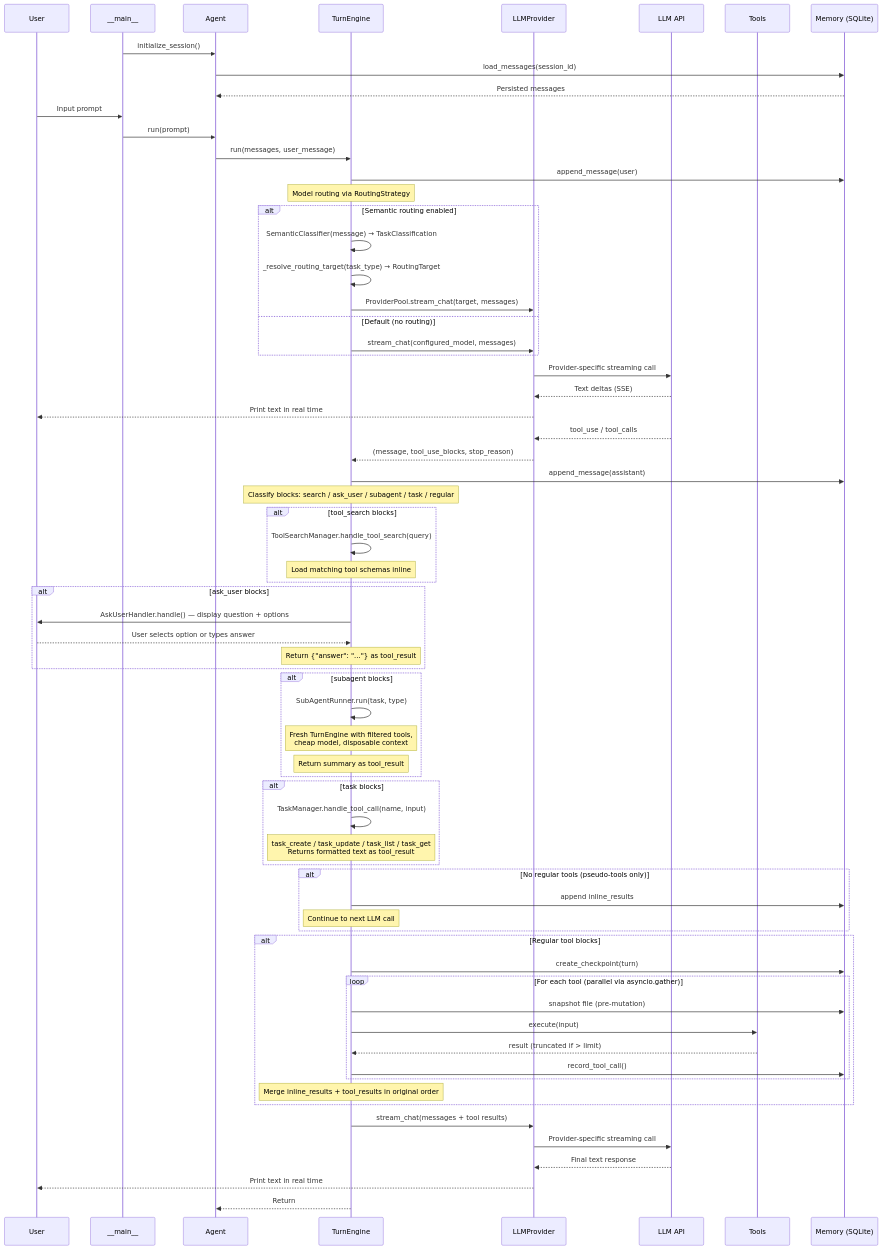
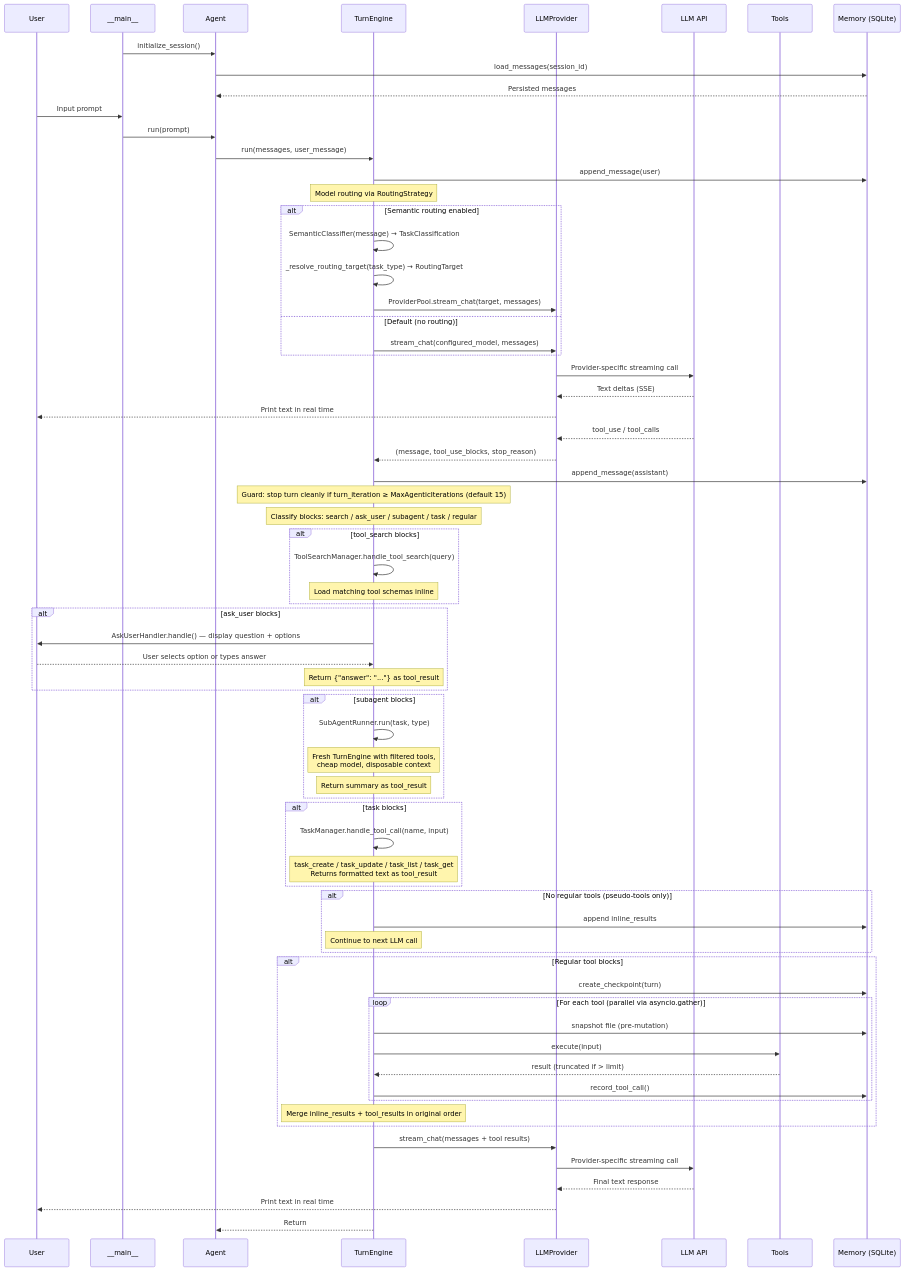
One commit to StephenDenisEdwards/micro-x-agent-loop-python changed the third of 3 diagrams in documentation/docs/architecture/SAD.md. Above: the diagram before and after it, drawn with Mermaid. The commit also changed other lines of this file and 3 other files, not shown here.

First line of the commit message:
docs: document the per-turn agentic iteration cap (MaxAgenticIterations)

```diff
--- a/documentation/docs/architecture/SAD.md
+++ b/documentation/docs/architecture/SAD.md
@@ -307,6 +307,7 @@
     P-->>TE: (message, tool_use_blocks, stop_reason)
     TE->>Mem: append_message(assistant)
 
+    Note over TE: Guard: stop turn cleanly if turn_iteration ≥ MaxAgenticIterations (default 15)
     Note over TE: Classify blocks: search / ask_user / subagent / task / regular
 
     alt tool_search blocks
```
